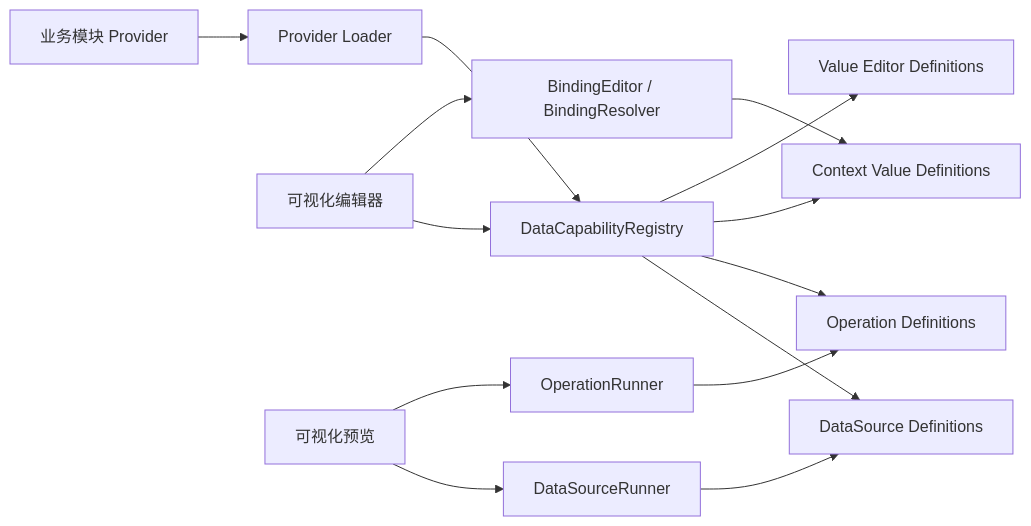
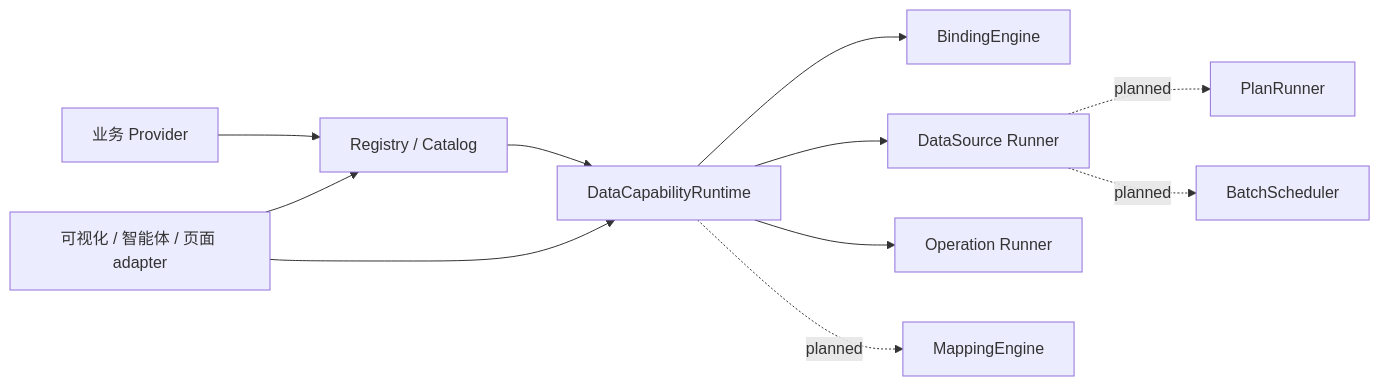
Before and after one commit to jetlinks-v2/jetlinks-web-core: the diagram in docs/数据能力注册中心设计.md, drawn with Mermaid. The commit also changed other lines of this file, not shown here.

Commit message:
docs(data-capability): 收敛注册中心设计与优化路线

````diff
--- a/docs/数据能力注册中心设计.md
+++ b/docs/数据能力注册中心设计.md
@@ -72,17 +92,13 @@
 ```mermaid
 flowchart LR
-  Provider["业务模块 Provider"] --> Loader["Provider Loader"]
-  Loader --> Registry["DataCapabilityRegistry"]
-  Registry --> Sources["DataSource Definitions"]
-  Registry --> Operations["Operation Definitions"]
-  Registry --> Contexts["Context Value Definitions"]
-  Registry --> Editors["Value Editor Definitions"]
-
-  Editor["可视化编辑器"] --> Registry
-  Editor --> Binding["BindingEditor / BindingResolver"]
-  Preview["可视化预览"] --> SourceRunner["DataSourceRunner"]
-  Preview --> OperationRunner["OperationRunner"]
-  SourceRunner --> Sources
-  OperationRunner --> Operations
-  Binding --> Contexts
+  Provider["业务 Provider"] --> Registry["Registry / Catalog"]
+  Registry --> Runtime["DataCapabilityRuntime"]
+  Runtime --> Binding["BindingEngine"]
+  Runtime --> Source["DataSource Runner"]
+  Runtime --> Operation["Operation Runner"]
+  Source -. planned .-> Plan["PlanRunner"]
+  Source -. planned .-> Batch["BatchScheduler"]
+  Runtime -. planned .-> Mapping["MappingEngine"]
+  Consumer["可视化 / 智能体 / 页面 adapter"] --> Registry
+  Consumer --> Runtime
 ```
````
